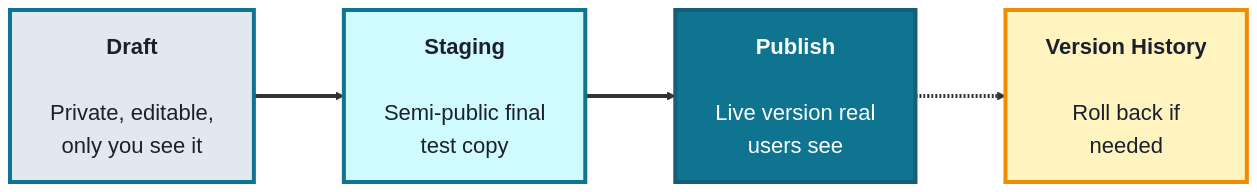
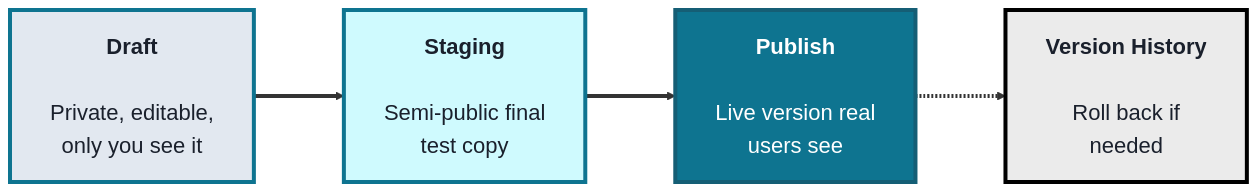
Before and after one commit to SHEMODELTECH/shemodeltech: the first of 3 diagrams in src/Pages/courses/TechArchs/deployment-module.md, drawn with Mermaid. The commit also changed other lines of this file and 46 other files, not shown here.

````diff
--- a/src/Pages/courses/TechArchs/deployment-module.md
+++ b/src/Pages/courses/TechArchs/deployment-module.md
@@ -19,17 +19,17 @@
 ```mermaid
 %%{init: {'theme':'base', 'themeVariables': {'fontSize':'22px', 'primaryTextColor':'#1a202c', 'primaryBorderColor':'#0e7490', 'lineColor':'#333333'}, 'flowchart': {'nodeSpacing': 70, 'rankSpacing': 90, 'padding': 20}}}%%
 flowchart LR
     D["<b>Draft</b><br/><br/>Private, editable,<br/>only you see it"]
     S["<b>Staging</b><br/><br/>Semi-public final<br/>test copy"]
     P["<b>Publish</b><br/><br/>Live version real<br/>users see"]
     V["<b>Version History</b><br/><br/>Roll back if<br/>needed"]
 
     D ==> S ==> P
     P -.-> V
 
     style D fill:#e2e8f0,color:#1a202c,stroke:#0e7490,stroke-width:4px
     style S fill:#cffafe,color:#1a202c,stroke:#0e7490,stroke-width:4px
     style P fill:#0e7490,color:#fff,stroke:#155e75,stroke-width:4px
-    style V fill:#fff3bf,color:#1a202c,stroke:#f08c00,stroke-width:4px
+    style V fill:#EBEBEB,color:#1a202c,stroke:#000000,stroke-width:4px
     linkStyle default stroke-width:4px,stroke:#333333
 ```
````
